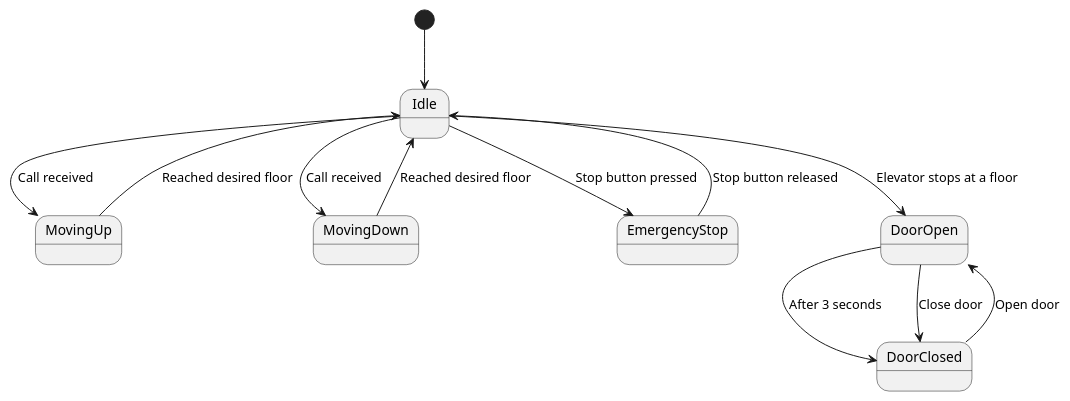
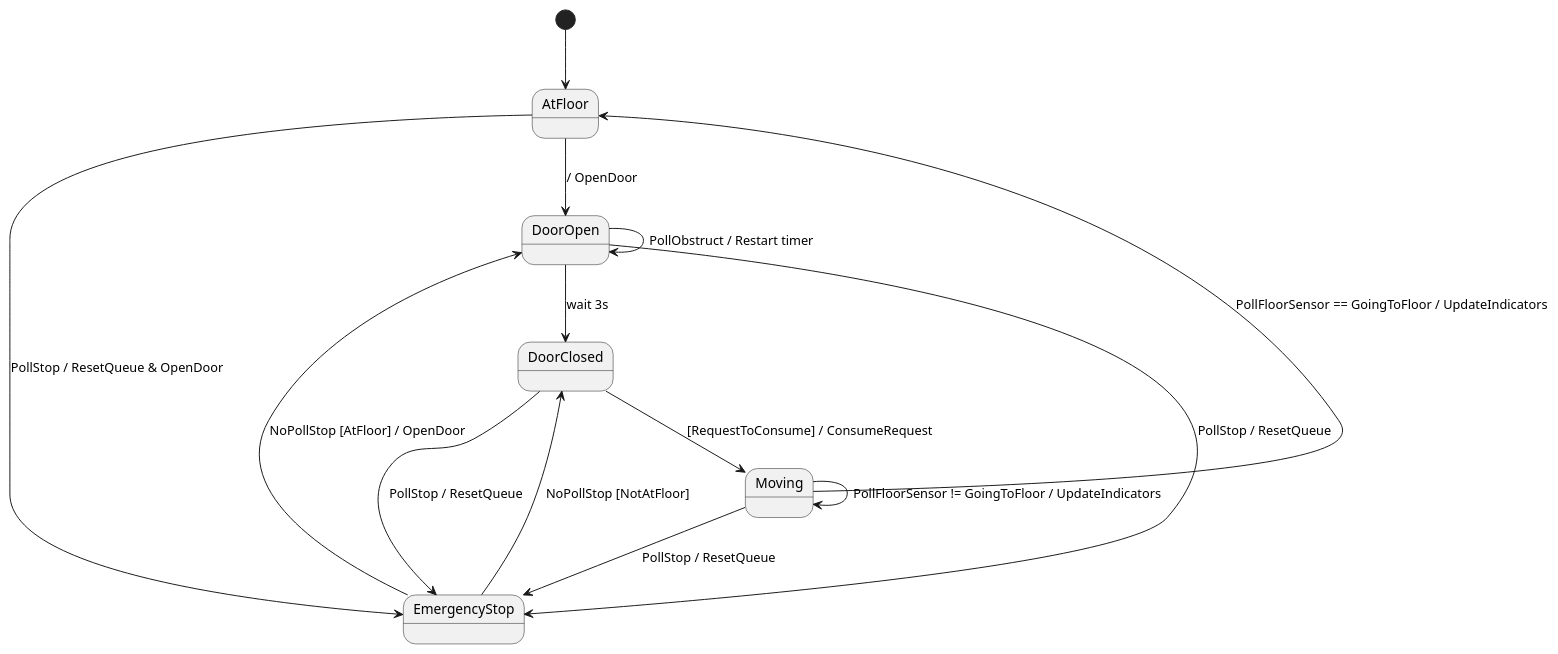
One commit to EdvardSire/TTK4235-elevator changed the diagram in UML/state_v2.wsd. Above: the diagram before and after it, drawn with PlantUML. The commit also changed 2 other files, not shown here.

Commit message:
chore: last touches, update UML, recommended extensions, clangd config

```diff
--- a/UML/state_v2.wsd
+++ b/UML/state_v2.wsd
@@ -1,19 +1,20 @@
 @startuml
-[*] --> Idle
+[*] --> AtFloor
 
-Idle --> MovingUp : Call received
-Idle --> MovingDown : Call received
+AtFloor --> DoorOpen : / OpenDoor
+DoorOpen --> DoorOpen : PollObstruct / Restart timer
+DoorOpen --> DoorClosed : wait 3s
+DoorClosed --> Moving : [RequestToConsume] / ConsumeRequest
 
-MovingUp --> Idle : Reached desired floor
-MovingDown --> Idle : Reached desired floor
+Moving --> AtFloor: PollFloorSensor == GoingToFloor / UpdateIndicators
+Moving --> Moving: PollFloorSensor != GoingToFloor / UpdateIndicators
 
-Idle --> EmergencyStop : Stop button pressed
-EmergencyStop --> Idle : Stop button released
+AtFloor --> EmergencyStop : PollStop / ResetQueue & OpenDoor
+DoorOpen --> EmergencyStop : PollStop / ResetQueue
+DoorClosed --> EmergencyStop : PollStop / ResetQueue
+Moving --> EmergencyStop : PollStop / ResetQueue
+EmergencyStop --> DoorOpen : NoPollStop [AtFloor] / OpenDoor
+EmergencyStop --> DoorClosed : NoPollStop [NotAtFloor]
 
-Idle --> DoorOpen : Elevator stops at a floor
-DoorOpen --> DoorClosed : After 3 seconds
-
-DoorClosed --> DoorOpen : Open door
-DoorOpen --> DoorClosed : Close door
 
 @enduml
```
